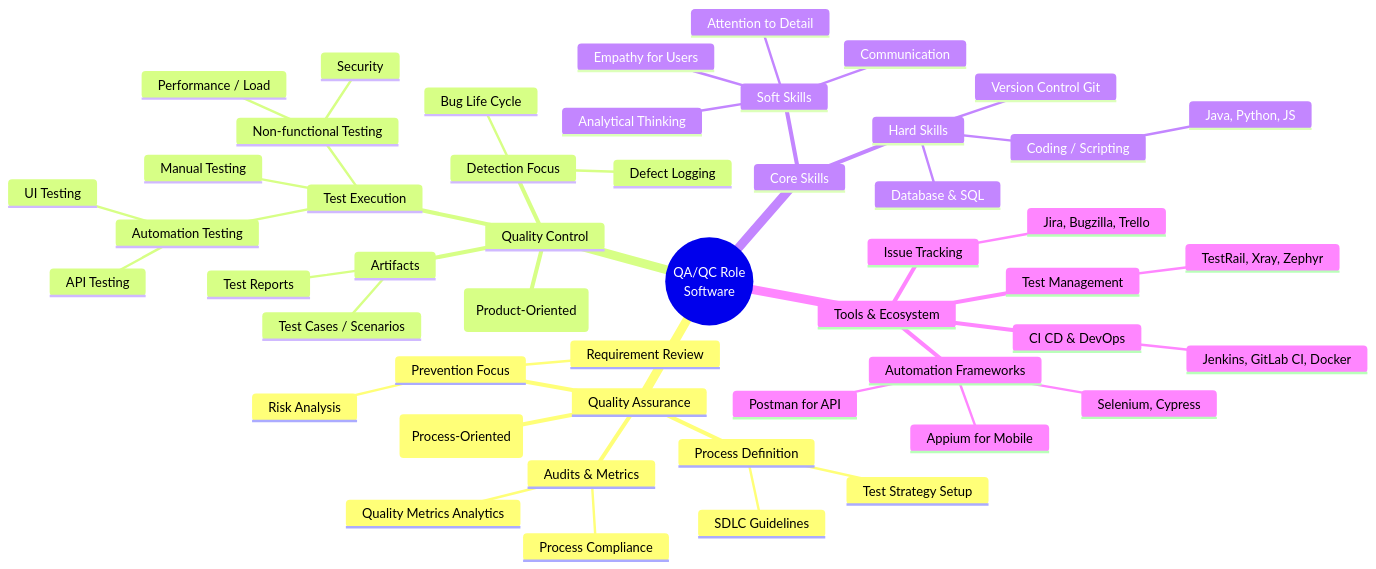
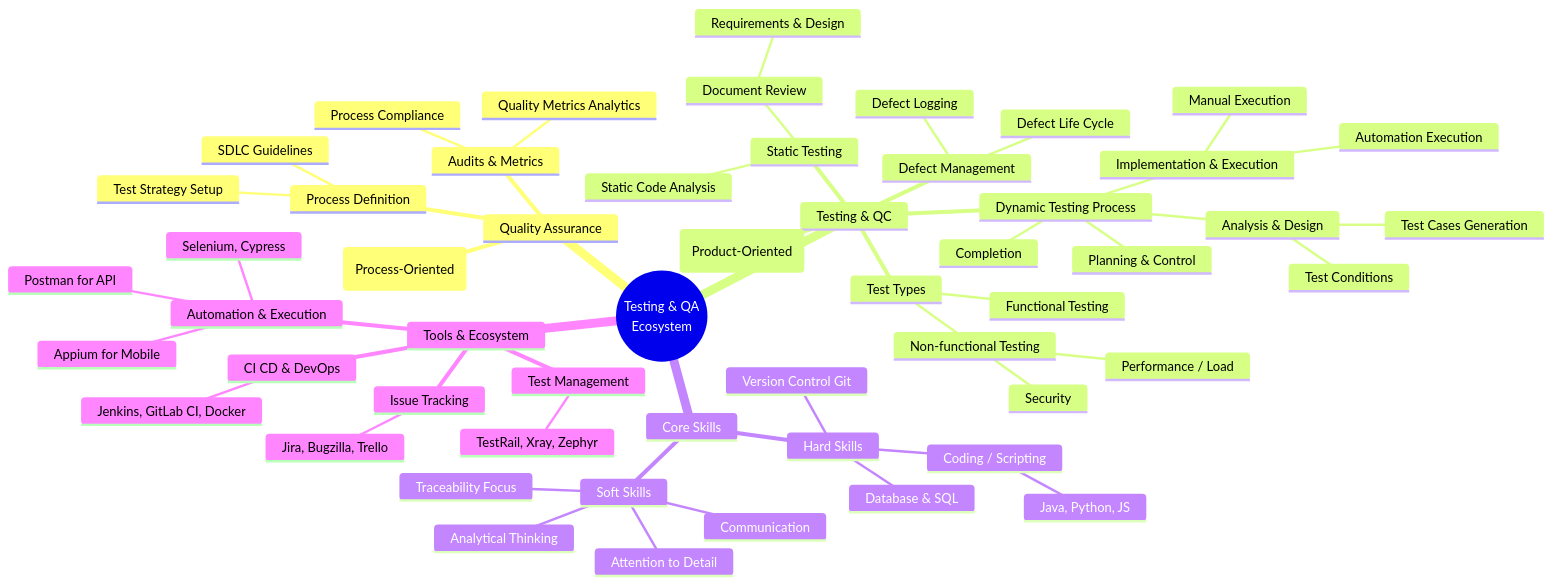
One commit to lhlam2515/software-testing changed the diagram in homeworks/HW01/artifacts/qa_qc_role_mindmap.md. Above: the diagram before and after it, drawn with Mermaid. The commit also changed 1 other file, not shown here.

Commit message:
fix: update QA/QC role mindmap to enhance clarity and structure of testing processes

````diff
--- a/homeworks/HW01/artifacts/qa_qc_role_mindmap.md
+++ b/homeworks/HW01/artifacts/qa_qc_role_mindmap.md
@@ -3,54 +3,58 @@
 ```mermaid
 mindmap
-  root((QA/QC Role
-  Software))
+  root((Testing & QA
+  Ecosystem))
     Quality Assurance
       (Process-Oriented)
-      Prevention Focus
-        Risk Analysis
-        Requirement Review
       Process Definition
         SDLC Guidelines
         Test Strategy Setup
       Audits & Metrics
         Process Compliance
         Quality Metrics Analytics
-    Quality Control
+    Testing & QC
       (Product-Oriented)
-      Detection Focus
-        Defect Logging
-        Bug Life Cycle
-      Test Execution
-        Manual Testing
-        Automation Testing
-          UI Testing
-          API Testing
+      Static Testing
+        Document Review
+          Requirements & Design
+        Static Code Analysis
+      Dynamic Testing Process
+        Planning & Control
+        Analysis & Design
+          Test Conditions
+          Test Cases Generation
+        Implementation & Execution
+          Manual Execution
+          Automation Execution
+        Completion
+      Test Types
+        Functional Testing
         Non-functional Testing
           Performance / Load
           Security
-      Artifacts
-        Test Cases / Scenarios
-        Test Reports
+      Defect Management
+        Defect Logging
+        Defect Life Cycle
     Core Skills
       Hard Skills
         Coding / Scripting
           Java, Python, JS
         Database & SQL
         Version Control Git
       Soft Skills
         Analytical Thinking
         Attention to Detail
         Communication
-        Empathy for Users
+        Traceability Focus
     Tools & Ecosystem
       Test Management
         TestRail, Xray, Zephyr
       Issue Tracking
         Jira, Bugzilla, Trello
-      Automation Frameworks
+      Automation & Execution
         Selenium, Cypress
         Appium for Mobile
         Postman for API
       CI CD & DevOps
         Jenkins, GitLab CI, Docker
 ```
````
